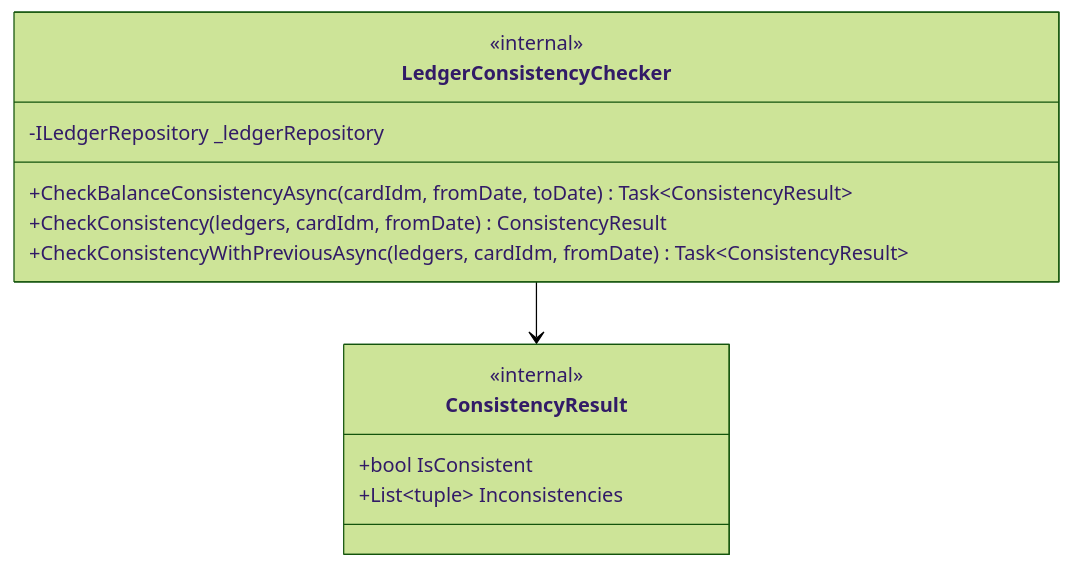
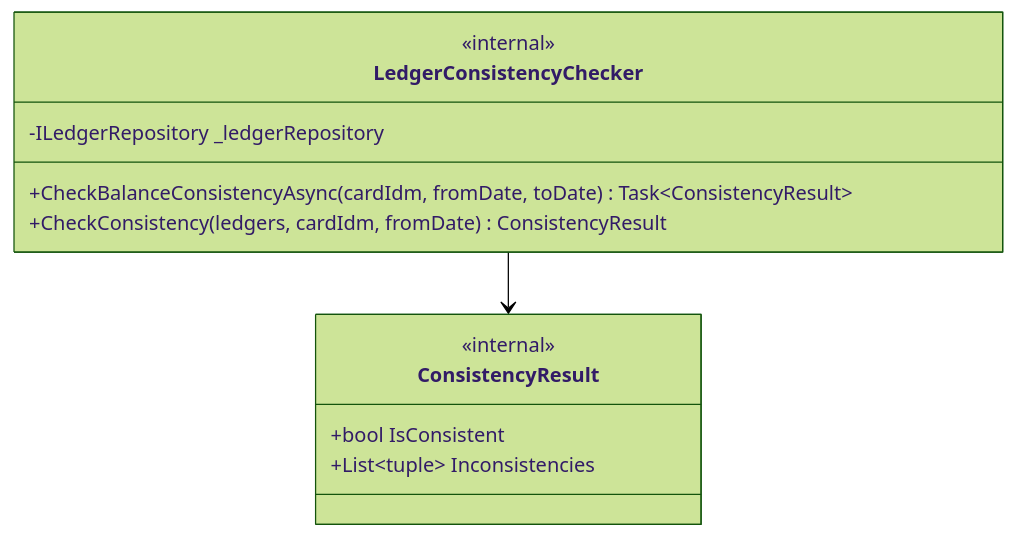
Before and after one commit to kuwayamamasayuki/ICCardManager: diagram 32 of 53 in ICCardManager/docs/design/05_クラス設計書.md, drawn with Mermaid (forest theme). The commit also changed 6 other files, not shown here.

````diff
--- a/ICCardManager/docs/design/05_クラス設計書.md
+++ b/ICCardManager/docs/design/05_クラス設計書.md
@@ -2213,18 +2213,17 @@
 ```mermaid
 classDiagram
     class LedgerConsistencyChecker {
         <<internal>>
         -ILedgerRepository _ledgerRepository
         +CheckBalanceConsistencyAsync(cardIdm, fromDate, toDate) Task~ConsistencyResult~
         +CheckConsistency(ledgers, cardIdm, fromDate) ConsistencyResult
-        +CheckConsistencyWithPreviousAsync(ledgers, cardIdm, fromDate) Task~ConsistencyResult~
     }
 
     class ConsistencyResult {
         <<internal>>
         +bool IsConsistent
         +List~tuple~ Inconsistencies
     }
 
     LedgerConsistencyChecker --> ConsistencyResult
 ```
````
